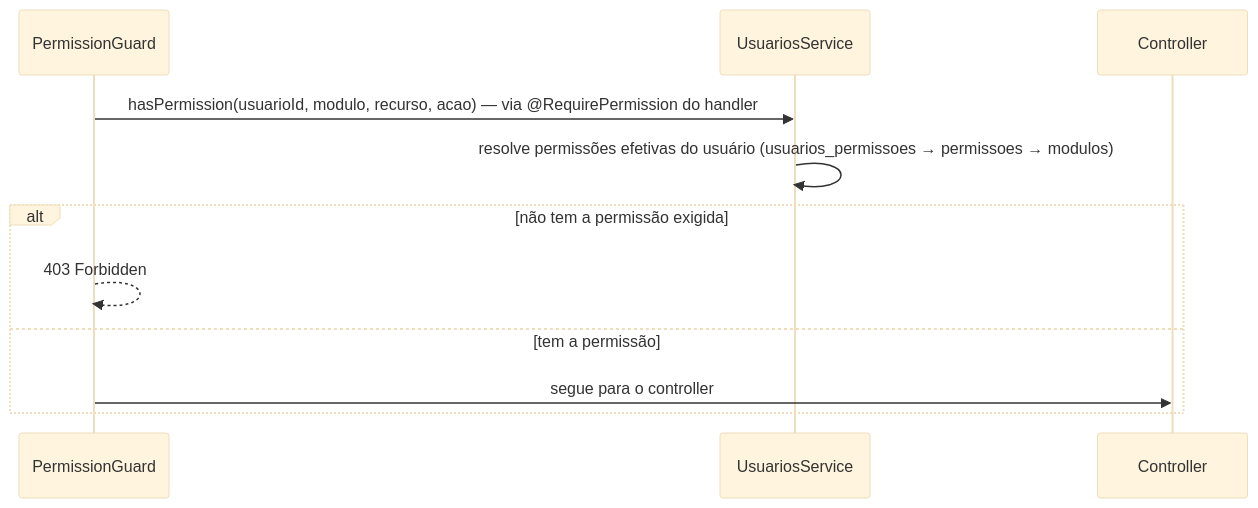
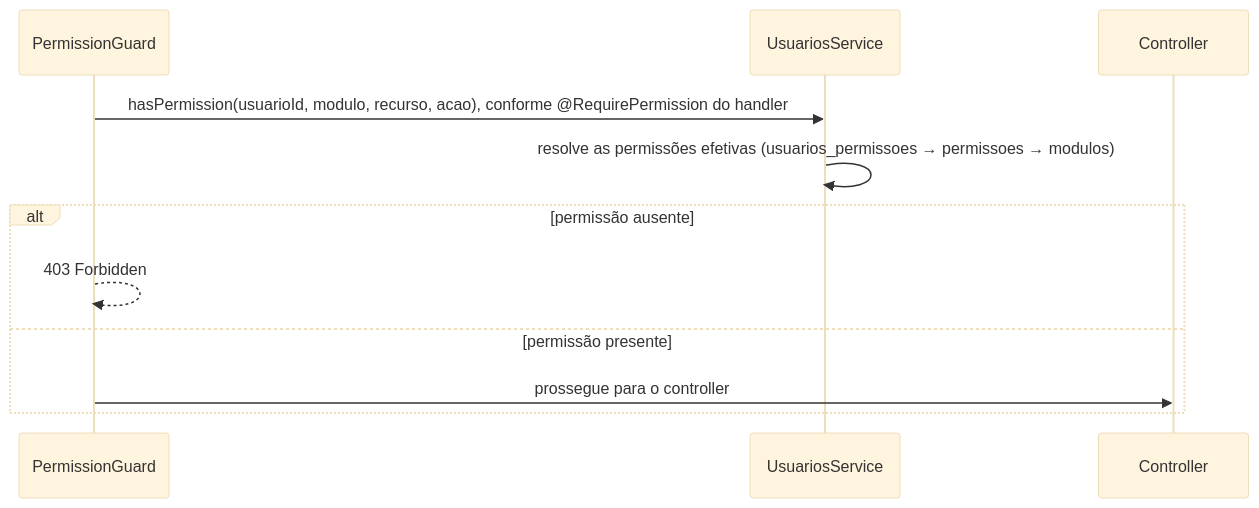
The fourth of 6 diagrams in docs/engineering/02-diagramas.md (bebberjoao/RoosterOneBackend), drawn with Mermaid (base theme) before and after one commit. The commit also changed other lines of this file and 14 other files, not shown here.

````diff
--- a/docs/engineering/02-diagramas.md
+++ b/docs/engineering/02-diagramas.md
@@ -62,13 +68,13 @@
 ```mermaid
 sequenceDiagram
     participant G as PermissionGuard
     participant S as UsuariosService
     participant C as Controller
-    G->>S: hasPermission(usuarioId, modulo, recurso, acao) — via @RequirePermission do handler
-    S->>S: resolve permissões efetivas do usuário (usuarios_permissoes → permissoes → modulos)
-    alt não tem a permissão exigida
+    G->>S: hasPermission(usuarioId, modulo, recurso, acao), conforme @RequirePermission do handler
+    S->>S: resolve as permissões efetivas (usuarios_permissoes → permissoes → modulos)
+    alt permissão ausente
         G-->>G: 403 Forbidden
-    else tem a permissão
-        G->>C: segue para o controller
+    else permissão presente
+        G->>C: prossegue para o controller
     end
 ```
````
